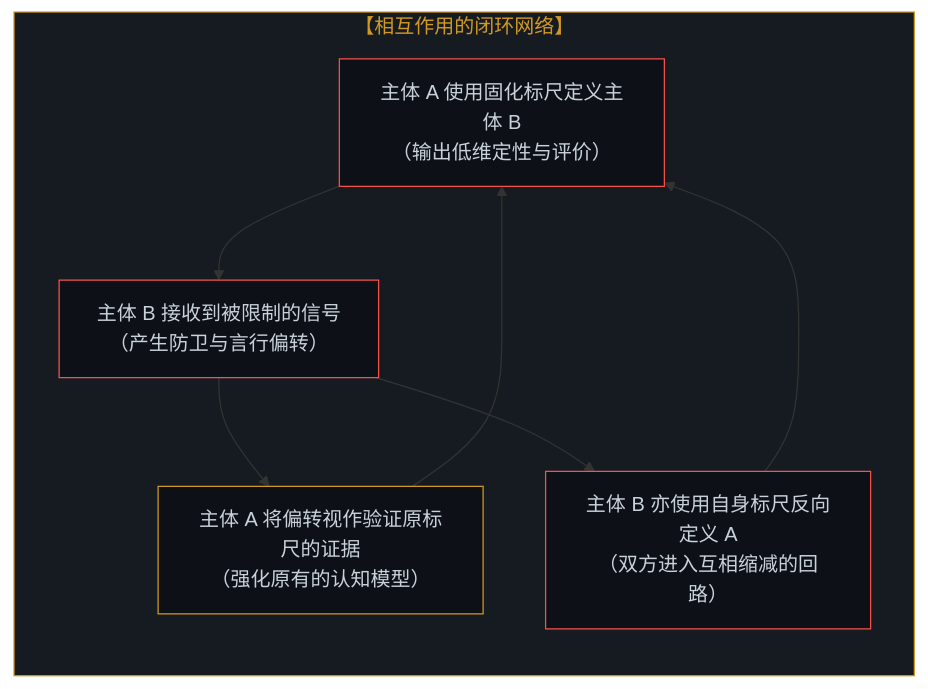
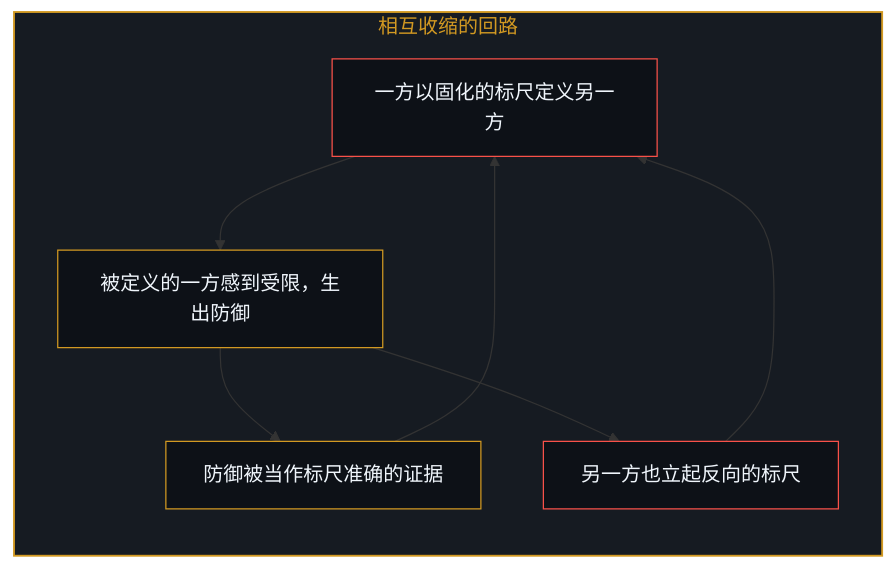
Before and after one commit to powerpig99/not-a-toe: the fifth of 10 diagrams in content/posts/the-illusion-of-knowing-and-the-geometry-of-amputation.md, drawn with Mermaid. The commit also changed other lines of this file and 2 other files, not shown here.

Commit message:
Refine the-illusion-of-knowing: alternating bilingual layout, five paired diagrams, implicit first person

````diff
--- a/content/posts/the-illusion-of-knowing-and-the-geometry-of-amputation.md
+++ b/content/posts/the-illusion-of-knowing-and-the-geometry-of-amputation.md
@@ -152,18 +149,21 @@
 ```mermaid
-graph TD
-    subgraph S_Vicious_Cycle["【相互作用的闭环网络】"]
+flowchart TD
+    subgraph S_Loop["相互收缩的回路"]
         direction TB
-        V1["主体 A 使用固化标尺定义主体 B<br>（输出低维定性与评价）"]
-        V2["主体 B 接收到被限制的信号<br>（产生防卫与言行偏转）"]
-        V3["主体 A 将偏转视作验证原标尺的证据<br>（强化原有的认知模型）"]
-        V4["主体 B 亦使用自身标尺反向定义 A<br>（双方进入互相缩减的回路）"]
-        V1 --> V2 --> V3 --> V1
-        V2 --> V4 --> V1
+        Define["一方以固化的标尺定义另一方"]
+        Defend["被定义的一方感到受限，生出防御"]
+        Proof["防御被当作标尺准确的证据"]
+        Counter["另一方也立起反向的标尺"]
+        Define --> Defend
+        Defend --> Proof
+        Proof --> Define
+        Defend --> Counter
+        Counter --> Define
     end
 
-    style S_Vicious_Cycle fill:#161b22,stroke:#d29922,stroke-width:1px,color:#d29922
-    style V1 fill:#0d1117,stroke:#f85149,stroke-width:1px,color:#c9d1d9
-    style V2 fill:#0d1117,stroke:#f85149,stroke-width:1px,color:#c9d1d9
-    style V3 fill:#0d1117,stroke:#d29922,stroke-width:1px,color:#c9d1d9
-    style V4 fill:#0d1117,stroke:#f85149,stroke-width:1px,color:#c9d1d9
+    style S_Loop fill:#161b22,stroke:#d29922,stroke-width:1.5px,color:#d29922
+    style Define fill:#0d1117,stroke:#f85149,stroke-width:1px,color:#f0f6fc
+    style Defend fill:#0d1117,stroke:#d29922,stroke-width:1px,color:#f0f6fc
+    style Proof fill:#0d1117,stroke:#d29922,stroke-width:1px,color:#f0f6fc
+    style Counter fill:#0d1117,stroke:#f85149,stroke-width:1px,color:#f0f6fc
 ```
````
